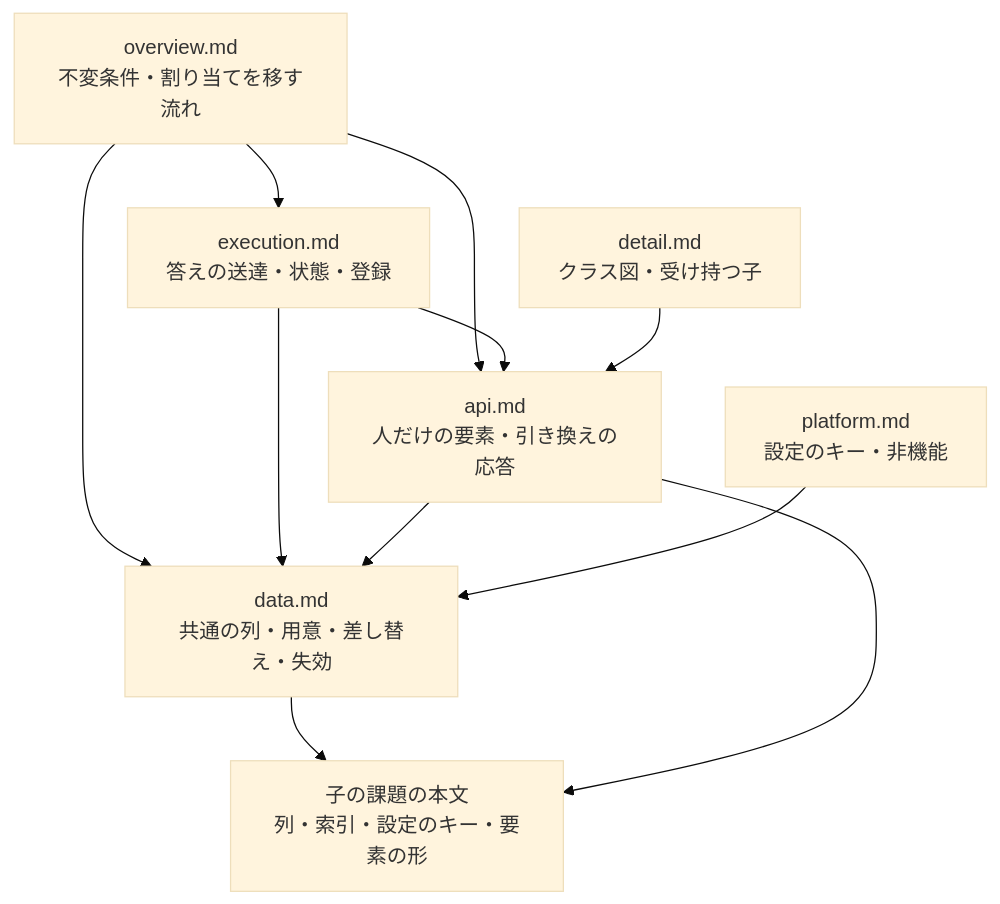
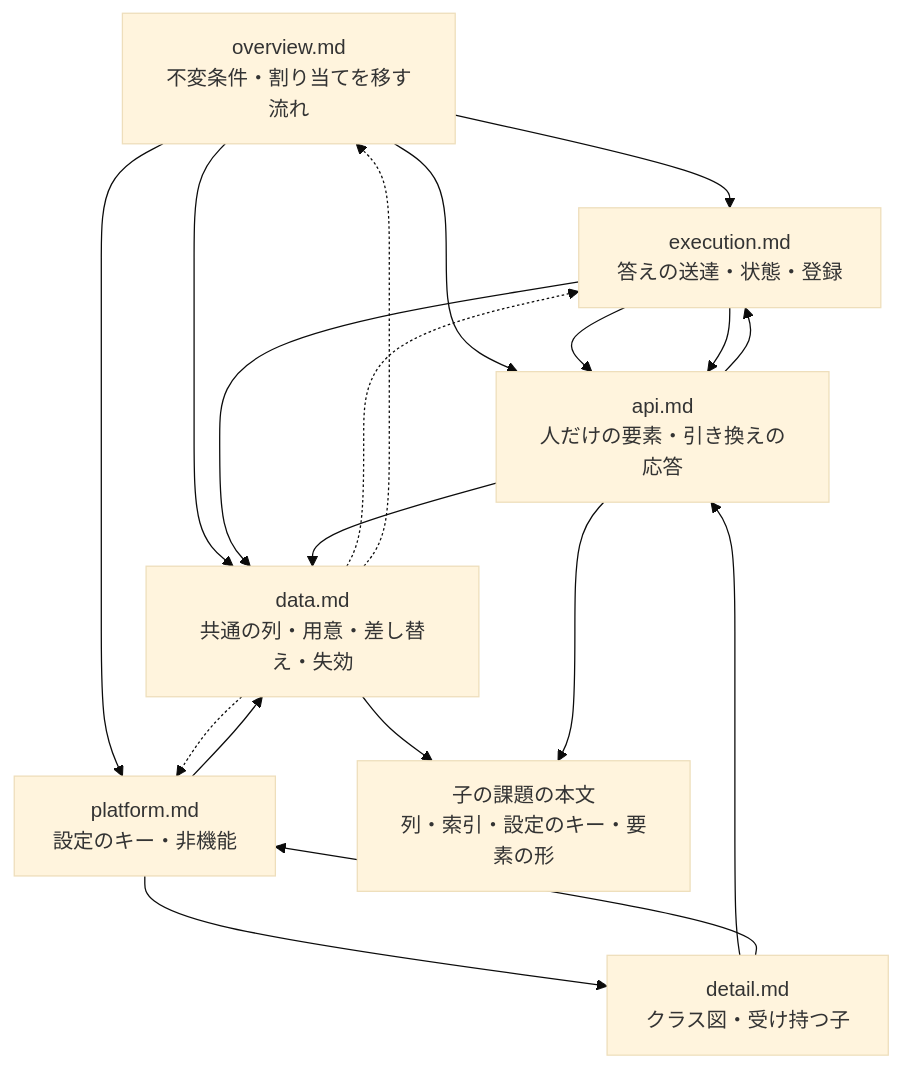
The first of 10 diagrams in issues/issue-32-design.md (devbasex/nd-factory), drawn with Mermaid (base theme) before and after one commit. The commit also changed other lines of this file and 1 other file, not shown here.

````diff
--- a/issues/issue-32-design.md
+++ b/issues/issue-32-design.md
@@ -139,13 +139,21 @@
 ```mermaid
 graph TD
     OV[overview.md<br/>不変条件・割り当てを移す流れ] --> EX[execution.md<br/>答えの送達・状態・登録]
     OV --> API[api.md<br/>人だけの要素・引き換えの応答]
     OV --> DATA[data.md<br/>共通の列・用意・差し替え・失効]
     EX --> API
     EX --> DATA
+    OV --> PF
+    EX --> API
+    API --> EX
     API --> DATA
     PF[platform.md<br/>設定のキー・非機能] --> DATA
+    PF --> DT
     DT[detail.md<br/>クラス図・受け持つ子] --> API
+    DT --> PF
+    DATA -.-> PF
+    DATA -.-> EX
+    DATA -.-> OV
     DATA --> CH[子の課題の本文<br/>列・索引・設定のキー・要素の形]
     API --> CH
 ```
````
